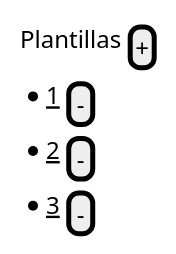
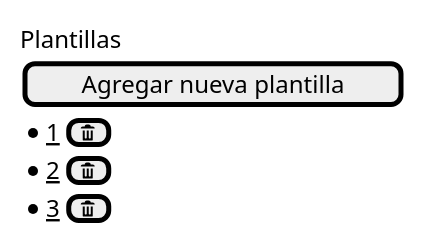
One commit to javatlacati/ngformtemplate changed the diagram in diagrams/survey template list.puml. Above: the diagram before and after it, drawn with PlantUML.

Commit message:
updating survey template list wiremock to have add new template button

```diff
--- a/diagrams/survey template list.puml
+++ b/diagrams/survey template list.puml
@@ -1,13 +1,14 @@
 @startuml
 'https://plantuml.com/salt
 
 salt
 {
-  Plantillas | [+]
+  Plantillas
+  [Agregar nueva plantilla]
  {
-   * __1__  | [-]
-   * __2__ | [-]
-   * __3__ | [-]
+   * __1__  | [<&trash>]
+   * __2__ | [<&trash>]
+   * __3__ | [<&trash>]
   }
 }
 @enduml
```
